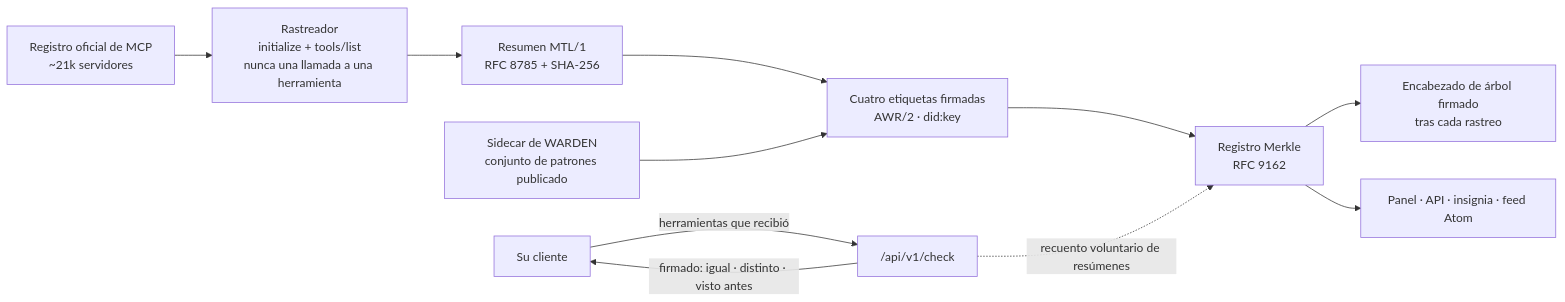
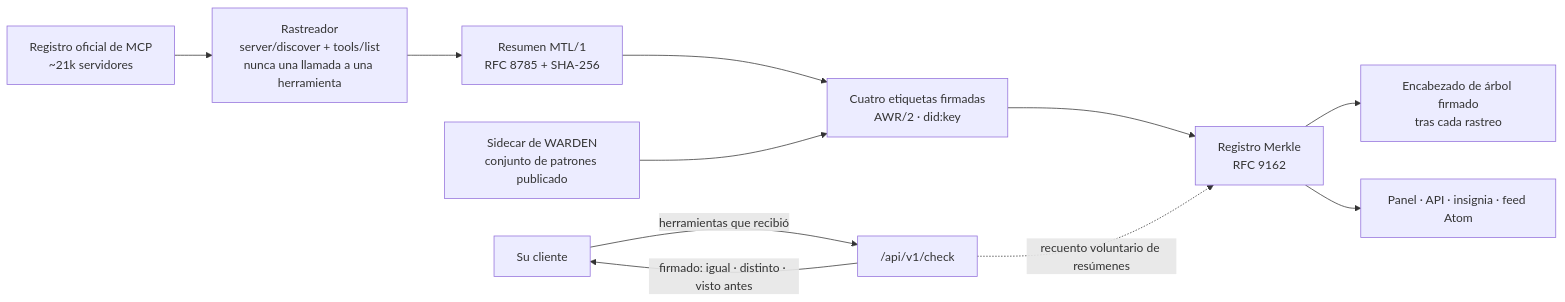
One commit to alexar76/histor changed the diagram in README.es.md. Above: the diagram before and after it, drawn with Mermaid. The commit also changed other lines of this file and 78 other files, not shown here.

````diff
--- a/README.es.md
+++ b/README.es.md
@@ -55,13 +55,13 @@
 ```mermaid
 flowchart LR
-    R["Registro oficial de MCP<br/>~21k servidores"] --> C["Rastreador<br/>initialize + tools/list<br/>nunca una llamada a una herramienta"]
+    R["Registro oficial de MCP<br/>~21k servidores"] --> C["Rastreador<br/>server/discover + tools/list<br/>nunca una llamada a una herramienta"]
     C --> D["Resumen MTL/1<br/>RFC 8785 + SHA-256"]
     D --> L["Cuatro etiquetas firmadas<br/>AWR/2 · did:key"]
     W["Sidecar de WARDEN<br/>conjunto de patrones publicado"] --> L
     L --> M["Registro Merkle<br/>RFC 9162"]
     M --> S["Encabezado de árbol firmado<br/>tras cada rastreo"]
     M --> API["Panel · API · insignia · feed Atom"]
     CL["Su cliente"] -- "herramientas que recibió" --> K["/api/v1/check"]
     K -- "firmado: igual · distinto · visto antes" --> CL
     K -. "recuento voluntario de resúmenes" .-> M
 ```
````
